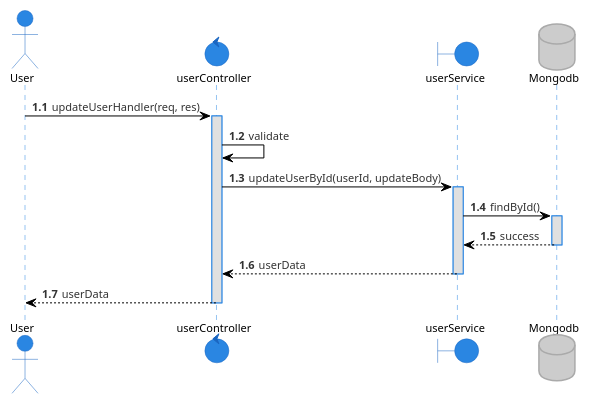
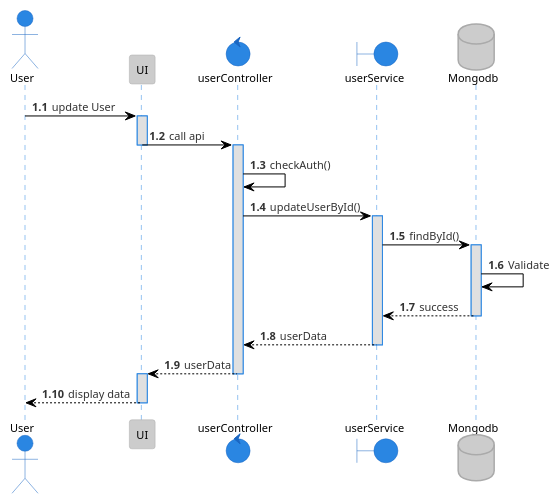
The diagram in plantuml/sequence/user/updateUser.puml (tuannm99/RMS), drawn with PlantUML before and after one commit. The commit also changed 9 other files, not shown here.

Commit message:
fix - sequence diagram job and user

```diff
--- a/plantuml/sequence/user/updateUser.puml
+++ b/plantuml/sequence/user/updateUser.puml
@@ -1,24 +1,32 @@
 @startuml updateUser
 !theme reddress-lightblue
 
 autonumber 1.1
 actor User
+participant UI
 control  userController
 boundary userService
 database Mongodb
 
-User -> userController: updateUserHandler(req, res)
+User -> UI: update User
+activate UI
+UI -> userController: call api
+deactivate UI
 activate userController
-userController -> userController: validate
-userController -> userService: updateUserById(userId, updateBody)
+userController -> userController: checkAuth()
+userController -> userService: updateUserById()
 activate userService
 userService -> Mongodb: findById()
 activate Mongodb
+Mongodb -> Mongodb: Validate
 Mongodb --> userService: success
 deactivate Mongodb
 userService --> userController: userData
 deactivate userService
-userController --> User: userData
+userController --> UI: userData
 deactivate userController
+activate UI
+UI --> User: display data
+deactivate UI
 
 @enduml
```
